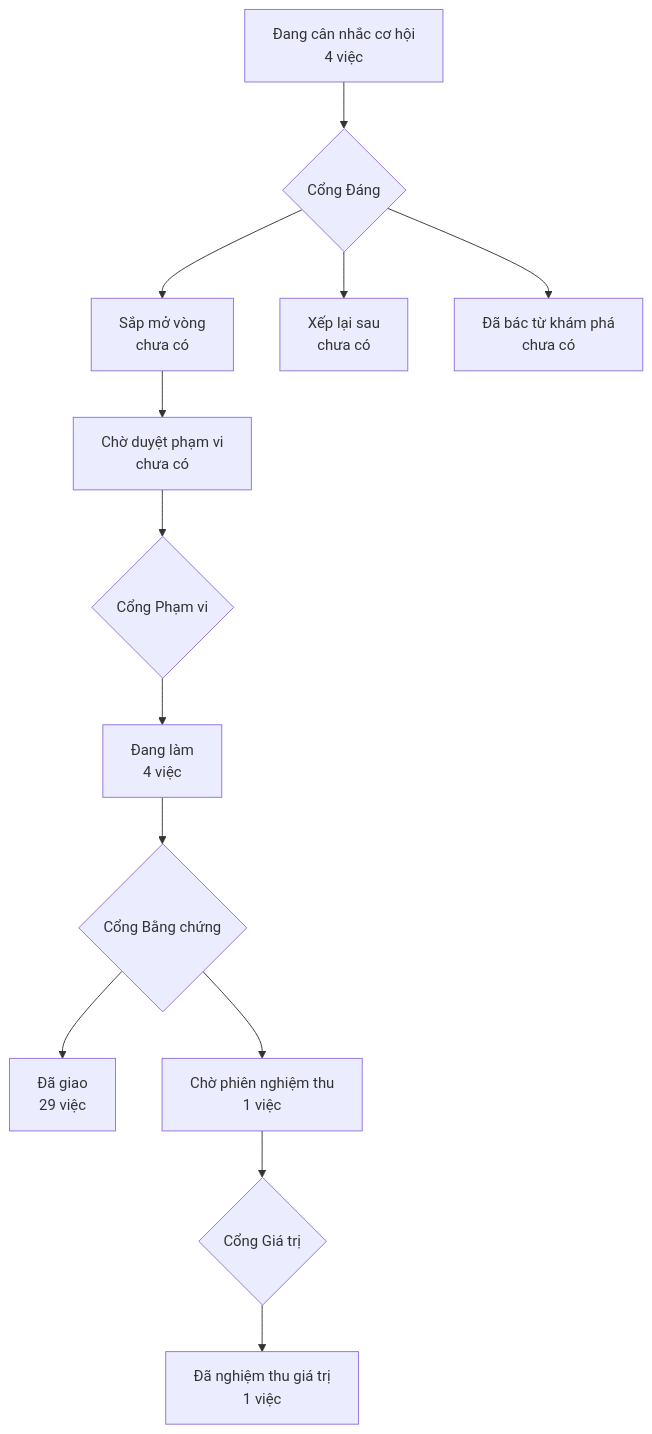
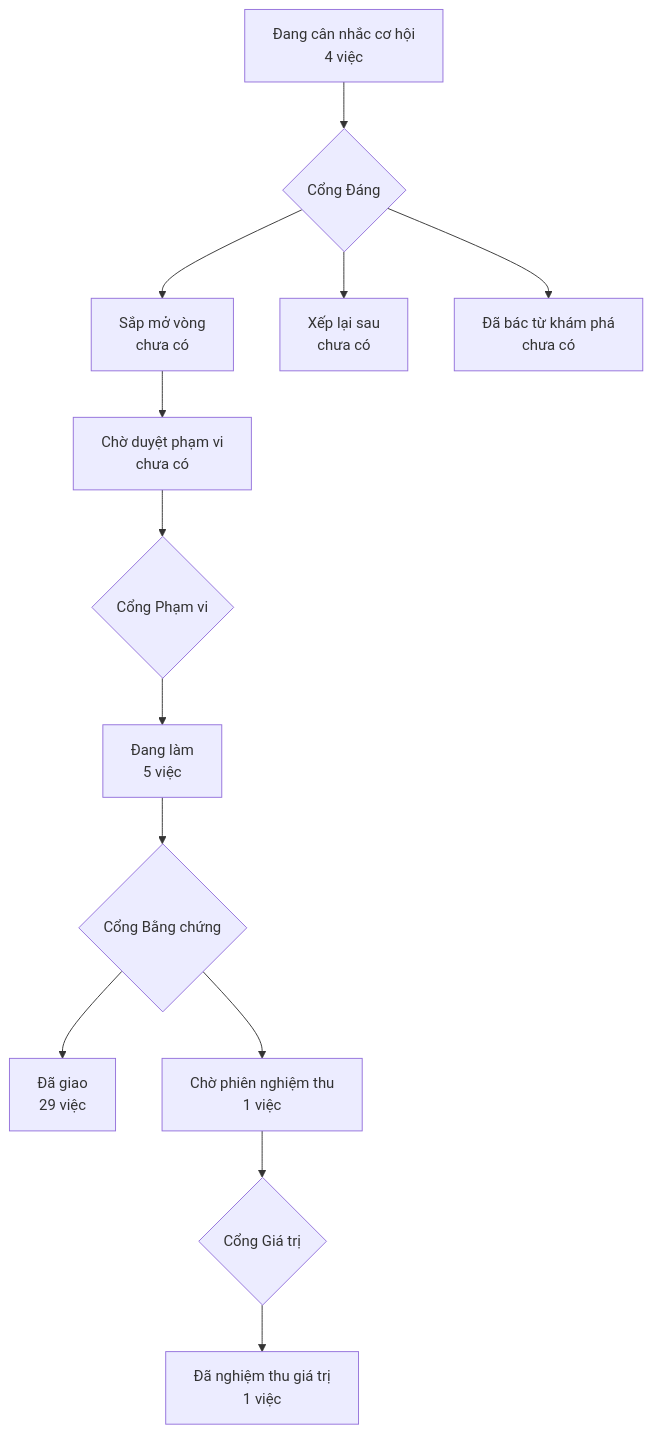
The diagram in PRODUCT-MAP.md (phanlemanh/crm-onehub), drawn with Mermaid before and after one commit. The commit also changed other lines of this file and 2 other files, not shown here.

Commit message:
Gate 1: ma-tran-phai-co-chieu-song — Manh
Sau AC. Chieu xanh la mot bat bien do duoc; chieu do cam vao cho hai san AST
deu mu. Khong doi mot dong ma san pham.

````diff
--- a/PRODUCT-MAP.md
+++ b/PRODUCT-MAP.md
@@ -6,12 +6,12 @@
 ```mermaid
 flowchart TD
   A["Đang cân nhắc cơ hội<br/>4 việc"] --> GD{"Cổng Đáng"}
   GD --> B["Sắp mở vòng<br/>chưa có"]
   GD --> XL["Xếp lại sau<br/>chưa có"]
   GD --> DB["Đã bác từ khám phá<br/>chưa có"]
   B --> CD["Chờ duyệt phạm vi<br/>chưa có"] --> GP{"Cổng Phạm vi"}
-  GP --> DL["Đang làm<br/>4 việc"] --> GB{"Cổng Bằng chứng"}
+  GP --> DL["Đang làm<br/>5 việc"] --> GB{"Cổng Bằng chứng"}
   GB --> DG["Đã giao<br/>29 việc"]
   GB --> CN["Chờ phiên nghiệm thu<br/>1 việc"] --> GG{"Cổng Giá trị"}
   GG --> NT["Đã nghiệm thu giá trị<br/>1 việc"]
 ```
````
